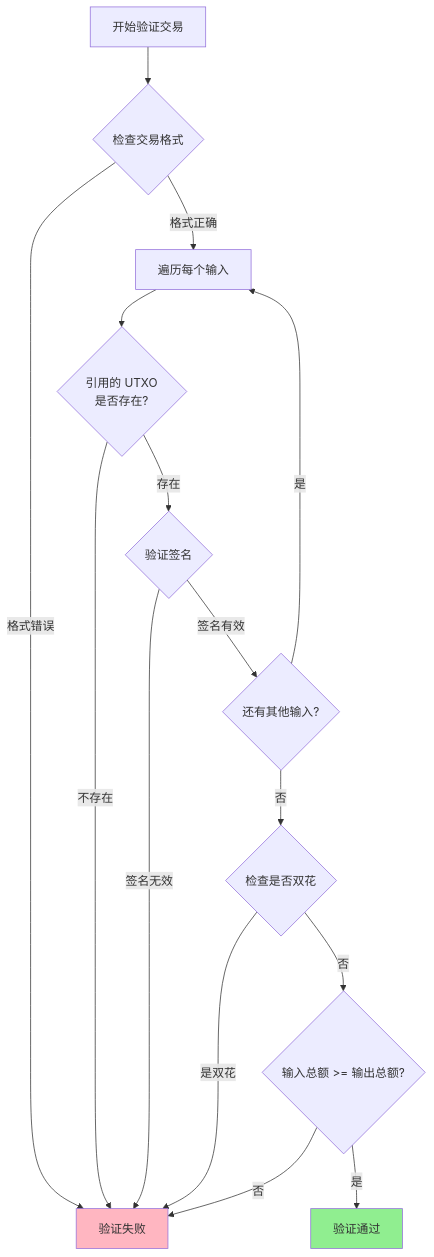
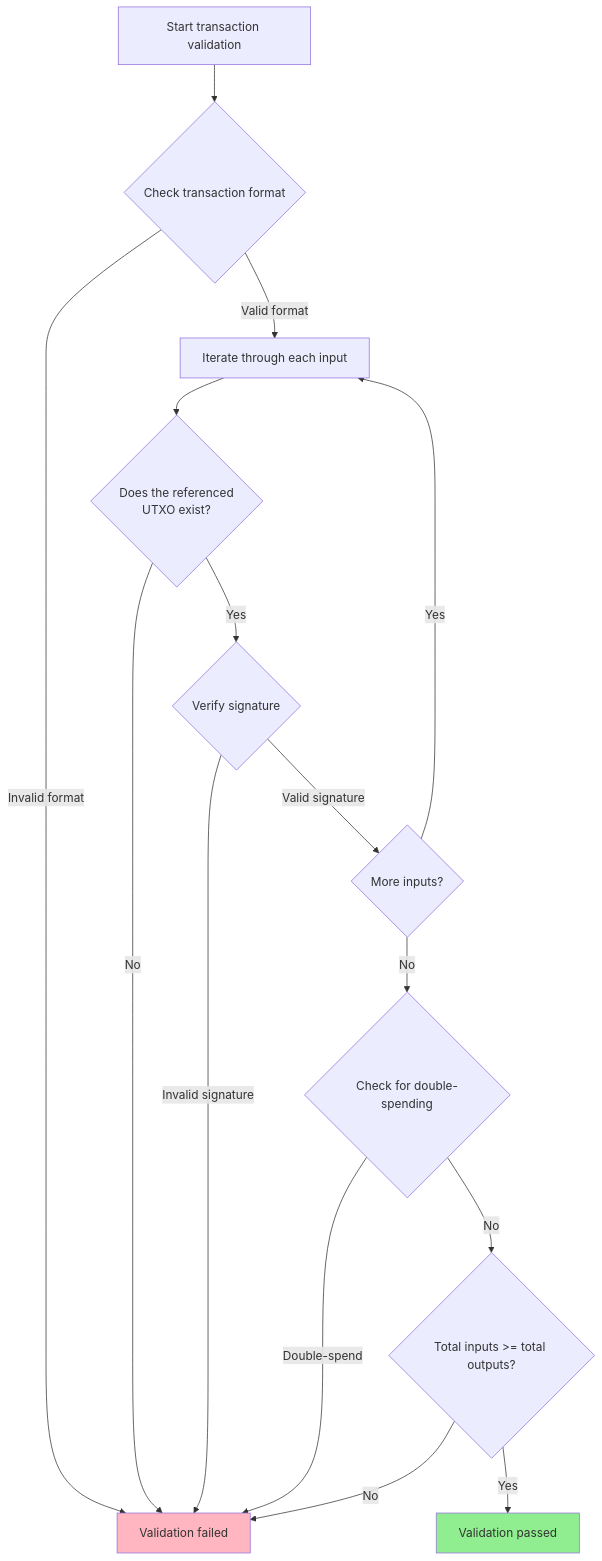
One commit to stefanSuYiGuo/bitcoin-simplifier changed the seventh of 8 diagrams in docs/TECH_DESIGN.md. Above: the diagram before and after it, drawn with Mermaid. The commit also changed other lines of this file, not shown here.

Commit message:
Detail the system architecture and component interactions

````diff
--- a/docs/TECH_DESIGN.md
+++ b/docs/TECH_DESIGN.md
@@ -845,25 +845,25 @@
 ```mermaid
 flowchart TD
-    A[开始验证交易] --> B{检查交易格式}
-    B -->|格式错误| FAIL[验证失败]
-    B -->|格式正确| C[遍历每个输入]
+    A[Start transaction validation] --> B{Check transaction format}
+    B -->|Invalid format| FAIL[Validation failed]
+    B -->|Valid format| C[Iterate through each input]
     
-    C --> D{引用的 UTXO<br/>是否存在?}
-    D -->|不存在| FAIL
-    D -->|存在| E{验证签名}
+    C --> D{Does the referenced<br/>UTXO exist?}
+    D -->|No| FAIL
+    D -->|Yes| E{Verify signature}
     
-    E -->|签名无效| FAIL
-    E -->|签名有效| F{还有其他输入?}
+    E -->|Invalid signature| FAIL
+    E -->|Valid signature| F{More inputs?}
     
-    F -->|是| C
-    F -->|否| G{检查是否双花}
+    F -->|Yes| C
+    F -->|No| G{Check for double-spending}
     
-    G -->|是双花| FAIL
-    G -->|否| H{输入总额 >= 输出总额?}
+    G -->|Double-spend| FAIL
+    G -->|No| H{Total inputs >= total outputs?}
     
-    H -->|否| FAIL
-    H -->|是| SUCCESS[验证通过]
+    H -->|No| FAIL
+    H -->|Yes| SUCCESS[Validation passed]
     
     style SUCCESS fill:#90EE90
     style FAIL fill:#FFB6C1
 ```
````
